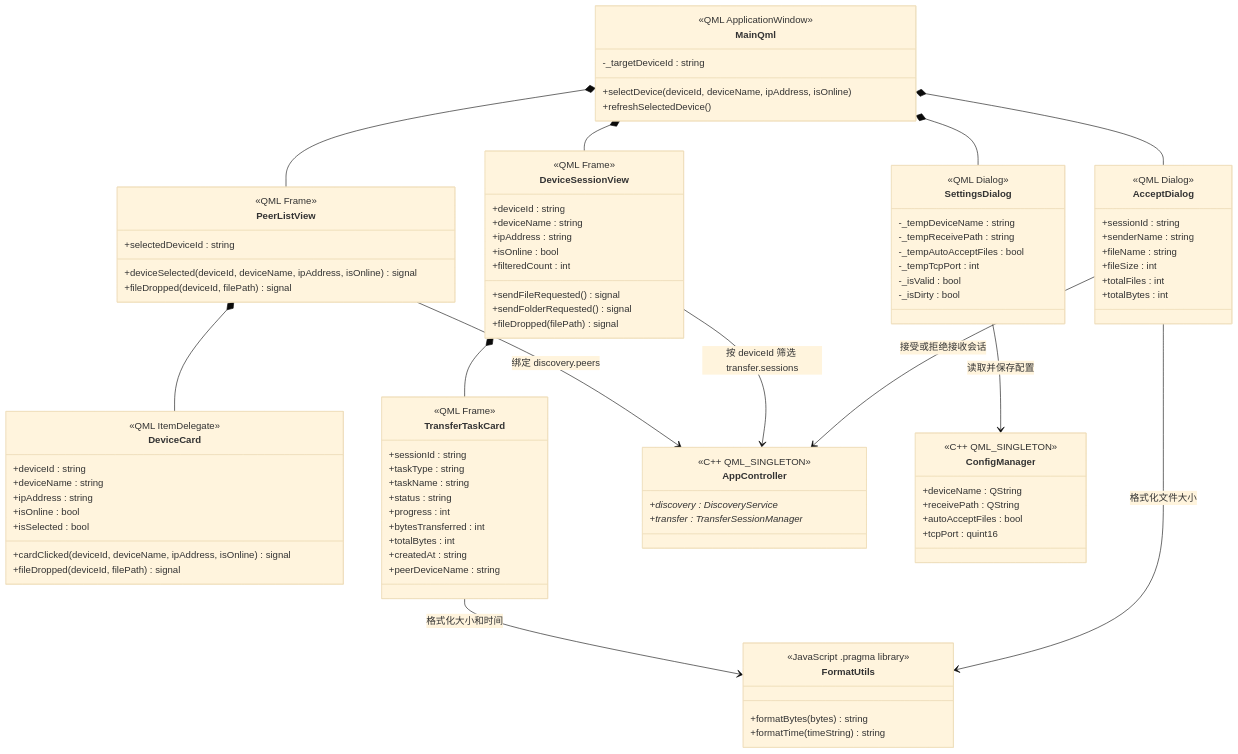
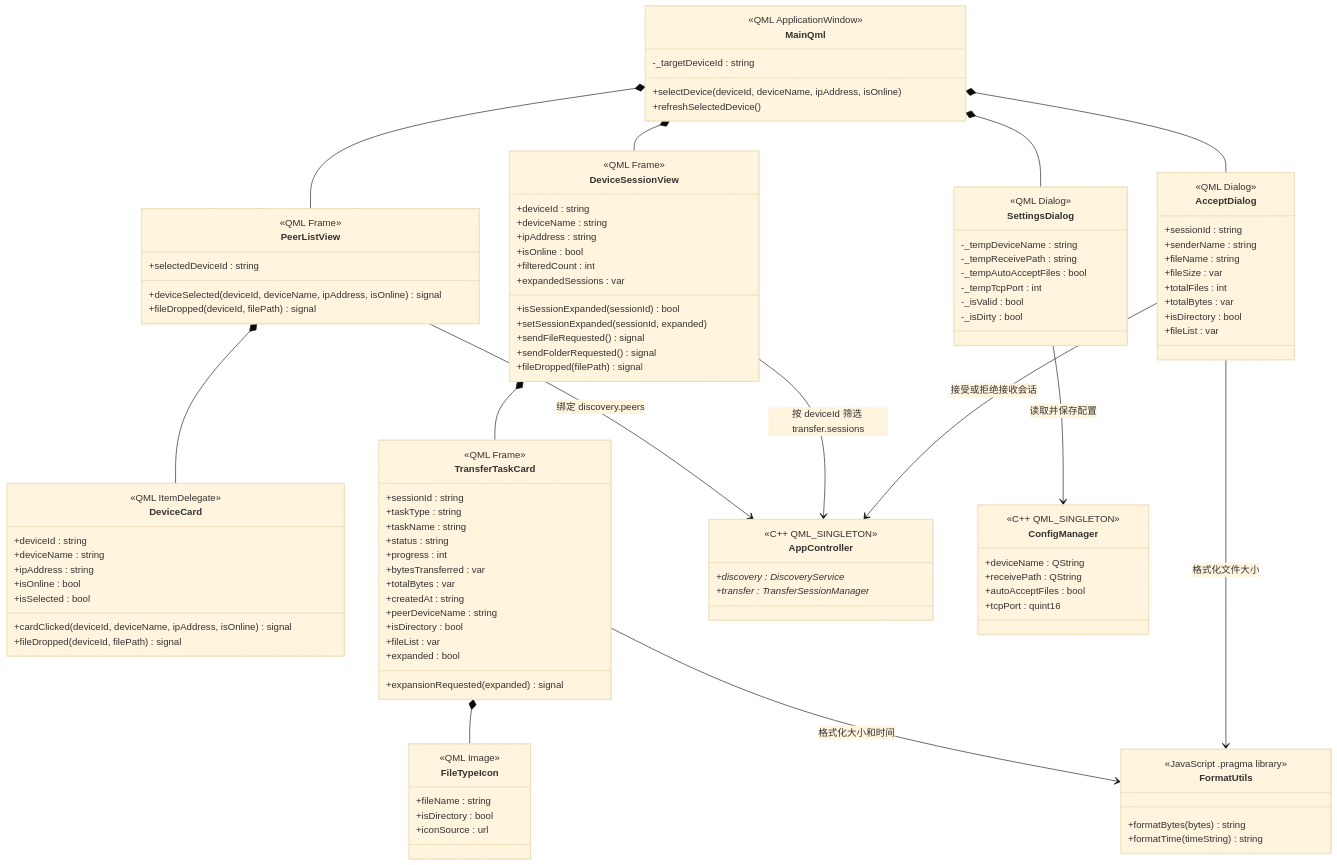
The fourth of 5 diagrams in doc/diagrams/class-diagram.md (Gsheep0729/GridYard), drawn with Mermaid (base theme) before and after one commit. The commit also changed other lines of this file and 25 other files, not shown here.

```diff
--- a/doc/diagrams/class-diagram.md
+++ b/doc/diagrams/class-diagram.md
@@ -339,6 +341,9 @@
         +ipAddress : string
         +isOnline : bool
         +filteredCount : int
+        +expandedSessions : var
+        +isSessionExpanded(sessionId) bool
+        +setSessionExpanded(sessionId, expanded)
         +sendFileRequested() signal
         +sendFolderRequested() signal
         +fileDropped(filePath) signal
@@ -351,10 +356,21 @@
         +taskName : string
         +status : string
         +progress : int
-        +bytesTransferred : int
-        +totalBytes : int
+        +bytesTransferred : var
+        +totalBytes : var
         +createdAt : string
         +peerDeviceName : string
+        +isDirectory : bool
+        +fileList : var
+        +expanded : bool
+        +expansionRequested(expanded) signal
+    }
+
+    class FileTypeIcon {
+        <<QML Image>>
+        +fileName : string
+        +isDirectory : bool
+        +iconSource : url
     }
 
     class FormatUtils {
@@ -378,9 +394,11 @@
         +sessionId : string
         +senderName : string
         +fileName : string
-        +fileSize : int
+        +fileSize : var
         +totalFiles : int
-        +totalBytes : int
+        +totalBytes : var
+        +isDirectory : bool
+        +fileList : var
     }
 
     class AppController {
@@ -403,6 +421,7 @@
     MainQml *-- AcceptDialog
     PeerListView *-- DeviceCard
     DeviceSessionView *-- TransferTaskCard
+    TransferTaskCard *-- FileTypeIcon
     TransferTaskCard --> FormatUtils : 格式化大小和时间
     AcceptDialog --> FormatUtils : 格式化文件大小
     PeerListView --> AppController : 绑定 discovery.peers
```
